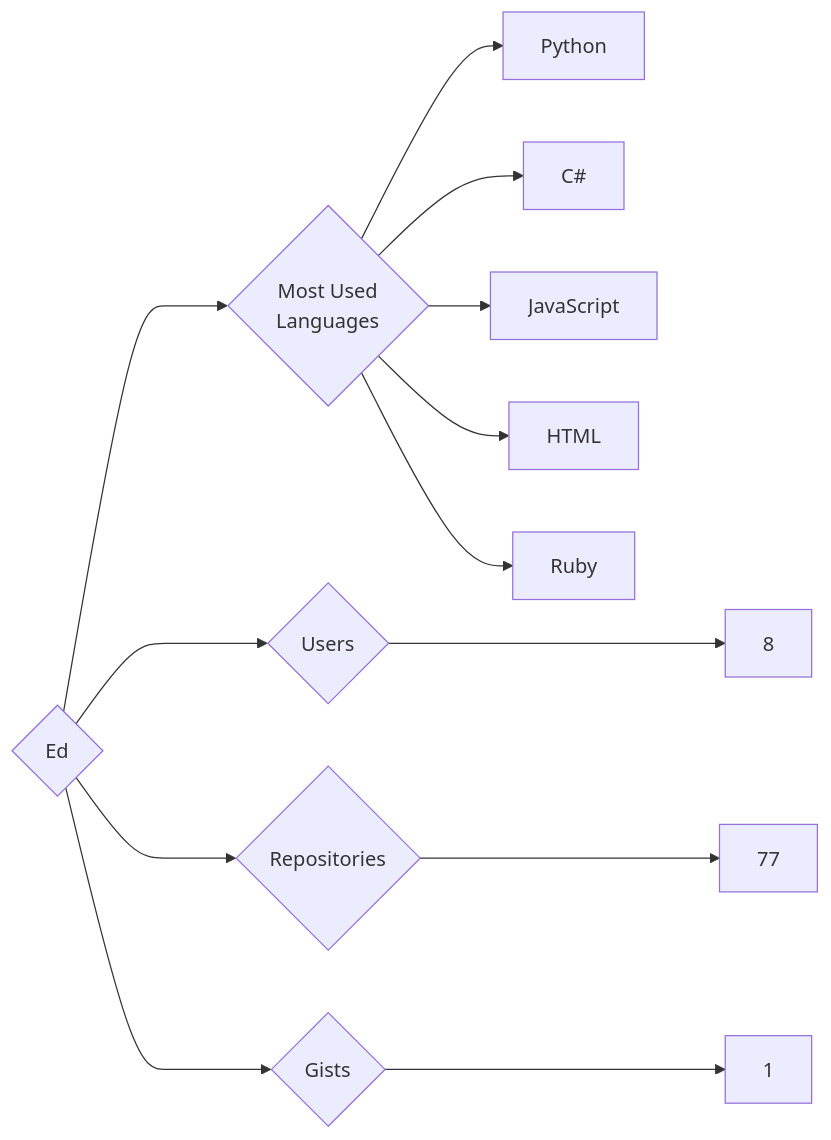
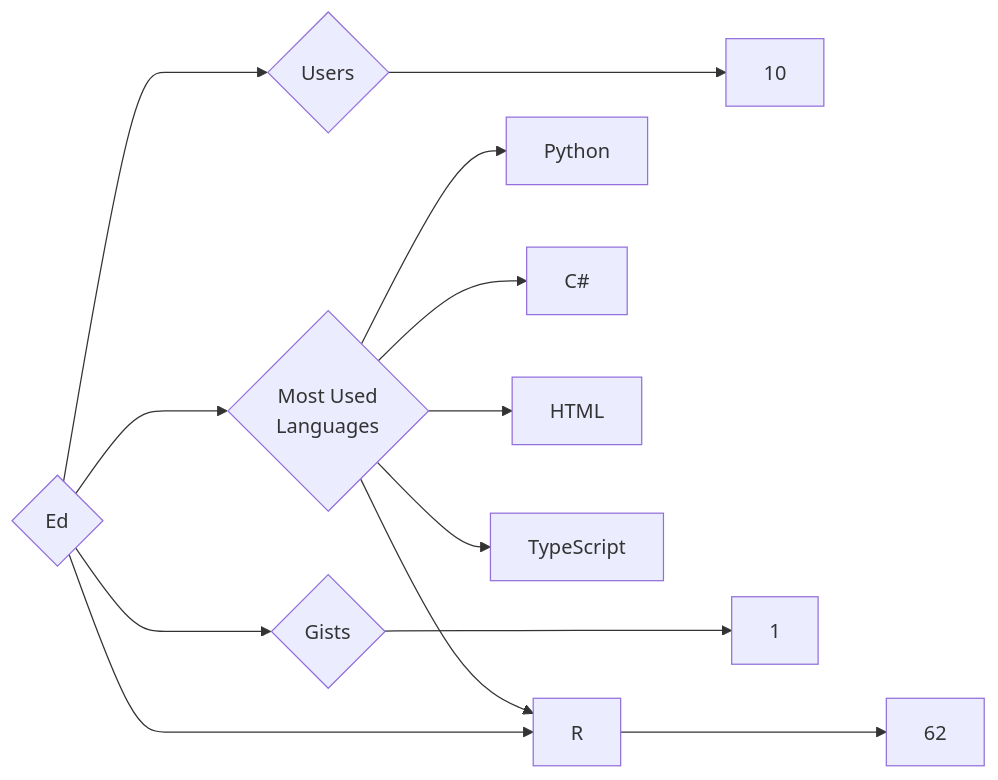
The diagram in targets/Ed/README.md (trickest/insiders), drawn with Mermaid before and after one commit. The commit also changed 1088 other files, not shown here.

````diff
--- a/targets/Ed/README.md
+++ b/targets/Ed/README.md
@@ -3,13 +3,13 @@
 ```mermaid
 graph LR
 COMPANY_NAME{Ed}
-COMPANY_NAME ---> U{Users} ---> UN[8]
-COMPANY_NAME ---> R{Repositories} ---> RN[77]
+COMPANY_NAME ---> U{Users} ---> UN[10]
+COMPANY_NAME ---> R{Repositories} ---> RN[62]
 COMPANY_NAME ---> G{Gists} ---> GN[1]
 COMPANY_NAME ---> ML{Most Used<br>Languages}
 ML --> Python[Python]
 ML --> C#[C#]
-ML --> JavaScript[JavaScript]
+ML --> R[R]
 ML --> HTML[HTML]
-ML --> Ruby[Ruby]
+ML --> TypeScript[TypeScript]
 ```
````
